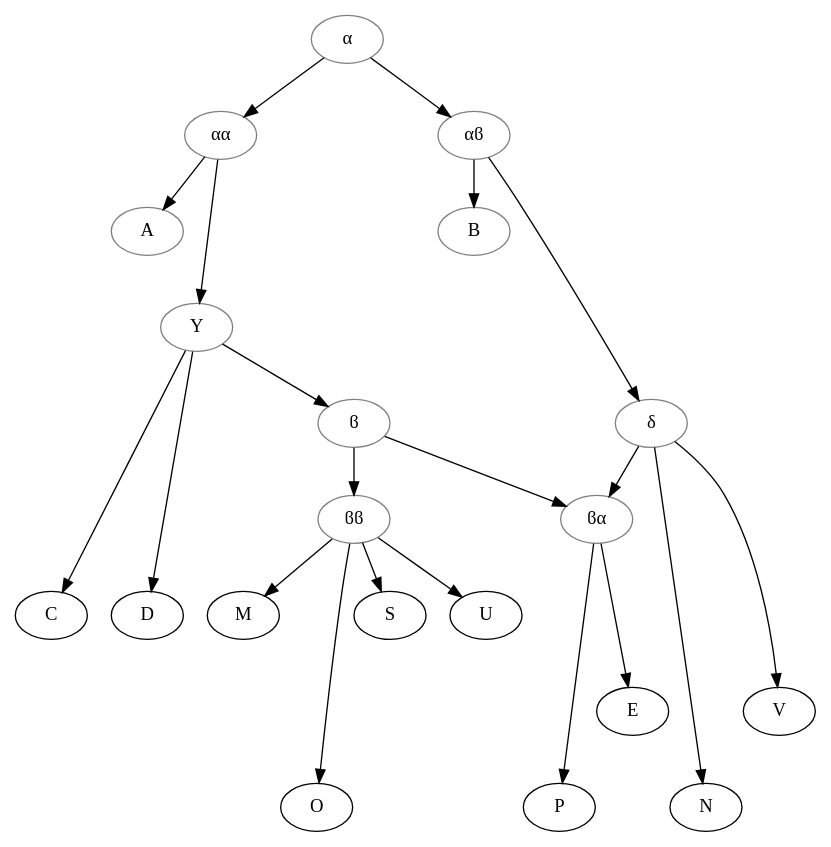
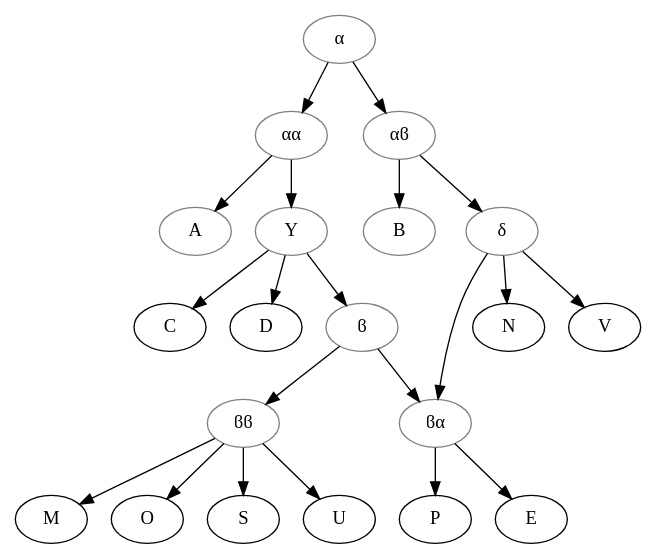
One commit to OpenStemmata/database changed the diagram in data/lat/Bergman_1926_OperaPrudentii/stemma.gv. Above: the diagram before and after it, drawn with Graphviz.

```diff
--- a/data/lat/Bergman_1926_OperaPrudentii/stemma.gv
+++ b/data/lat/Bergman_1926_OperaPrudentii/stemma.gv
@@ -1,47 +1,47 @@
 
 
 digraph {
     alpha->x2alpha; 
     alpha ->alphabeta;
     x2alpha ->A;
-    x2alpha ->Y[minlen=2]
-    Y ->C[minlen=3];
-    Y ->D[minlen=3];
+    x2alpha ->Y;
+    Y ->C;
+    Y ->D;
     Y ->beta;
     beta ->x2beta;
     beta ->betaalpha;
     x2beta ->M;
-    x2beta ->O[minlen=3];
+    x2beta ->O;
     x2beta ->S;
     x2beta ->U;
-    betaalpha->P[minlen=3];
-    betaalpha->E[minlen=2];
+    betaalpha->P;
+    betaalpha->E;
     alphabeta ->B;
-    alphabeta ->delta[minlen=3];
+    alphabeta ->delta;
     delta ->betaalpha;
-    delta ->N[minlen=4];
-    delta ->V[minlen=3];
+    delta ->N;
+    delta ->V;
     
     
     alpha [color="grey", label="α"];
     x2alpha[color="grey",label="αα"]; 
     alphabeta[color="grey",label="αϐ"];
     Y[color="grey",label="Y"];
     A[color="grey",label="A"];
     B[color="grey",label="B"];
     delta[color="grey",label="δ"];
     beta[color="grey",label="ϐ"];
     x2beta[color="grey",label="ϐϐ"];
     betaalpha[color="grey",label="ϐα"];
     C[label="C"];
     D[label="D"];
     M[label="M"];
     O[label="O"];
     S[label="S"];
     U[label="U"];
     P[label="P"];
     N[label="N"];
     V[label="V"];
 
-graph [style=invis, splines=true];
+
 }
```
